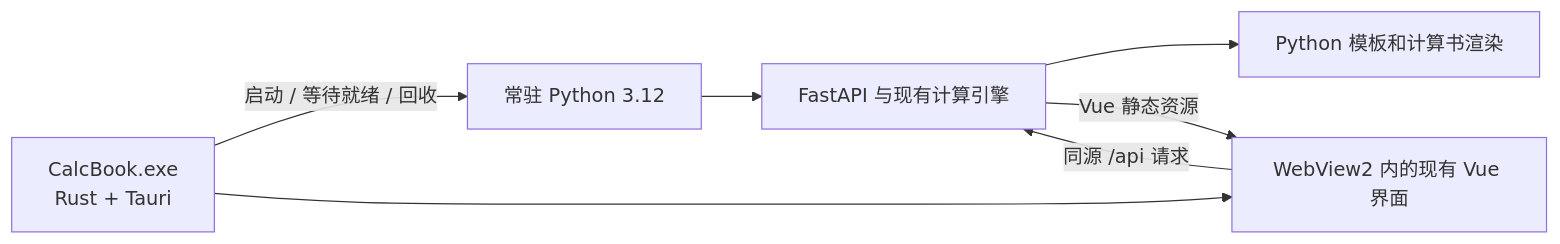
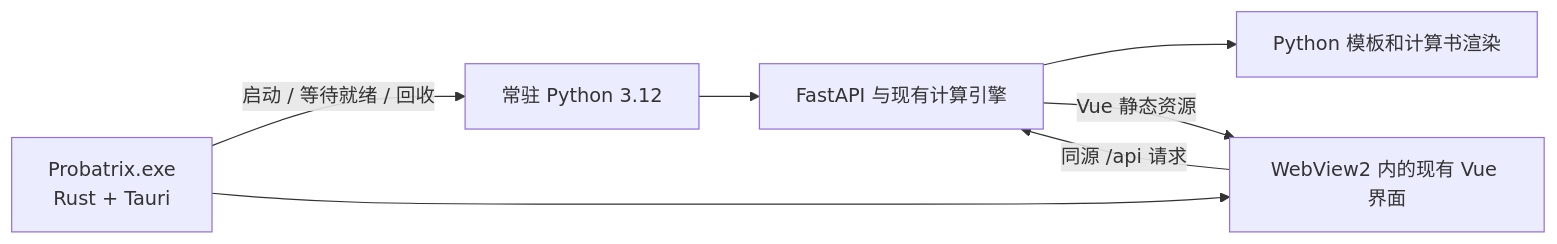
One commit to AfeyGu/Probatrix changed the diagram in .agents/notes/2026-11-21-tauri-desktop.md. Above: the diagram before and after it, drawn with Mermaid. The commit also changed other lines of this file and 236 other files, not shown here.

````diff
--- a/.agents/notes/2026-11-21-tauri-desktop.md
+++ b/.agents/notes/2026-11-21-tauri-desktop.md
@@ -7,9 +7,9 @@
 ```mermaid
 flowchart LR
-    A[CalcBook.exe<br/>Rust + Tauri] -->|启动 / 等待就绪 / 回收| B[常驻 Python 3.12]
+    A[Probatrix.exe<br/>Rust + Tauri] -->|启动 / 等待就绪 / 回收| B[常驻 Python 3.12]
     A --> C[WebView2 内的现有 Vue 界面]
     B --> D[FastAPI 与现有计算引擎]
     D --> E[Python 模板和计算书渲染]
     D -->|Vue 静态资源| C
     C -->|同源 /api 请求| D
 ```
````
